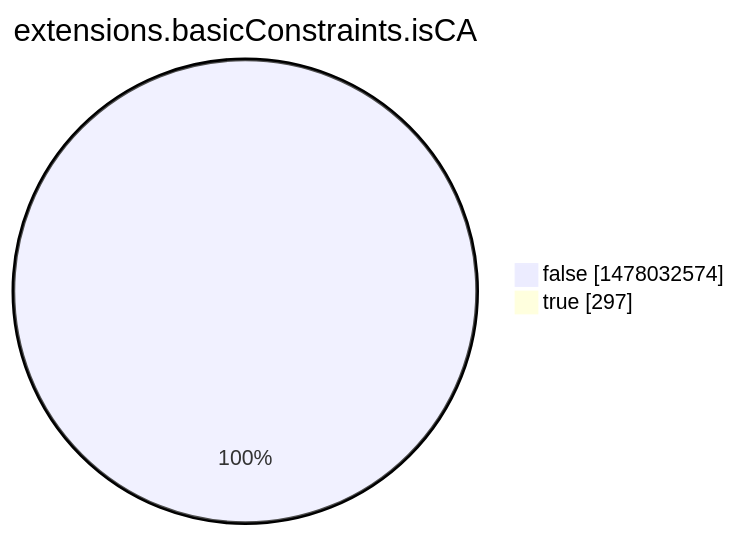
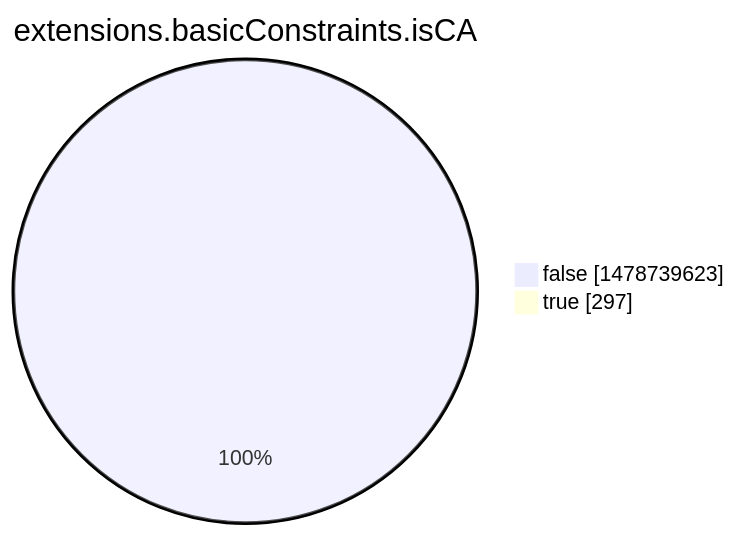
Before and after one commit to christiankrug/ctmonitor_visualization: the eighth of 15 diagrams in argon2022/README.md, drawn with Mermaid. The commit also changed other lines of this file, not shown here.

````diff
--- a/argon2022/README.md
+++ b/argon2022/README.md
@@ -2760,6 +2760,6 @@
 ```mermaid
 pie showData
 title extensions.basicConstraints.isCA
-"false" :1478032574
+"false" :1478739623
 "true" :297
 ```
````
